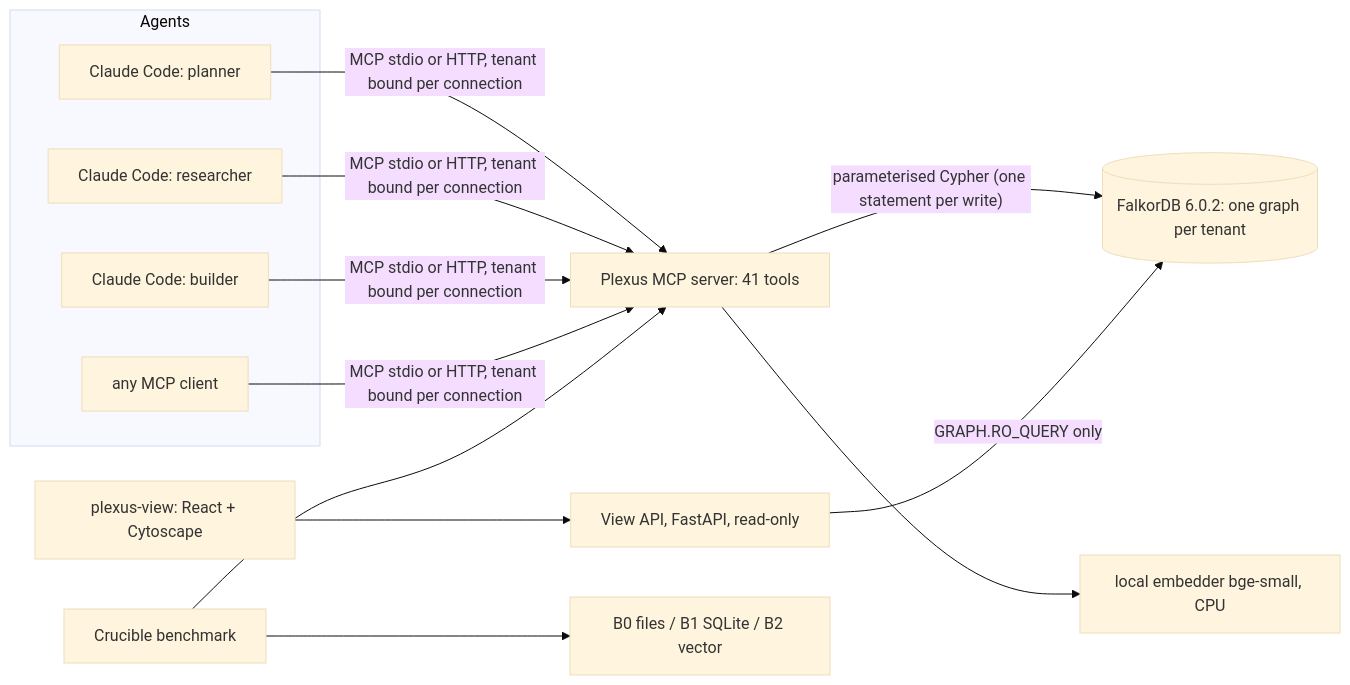
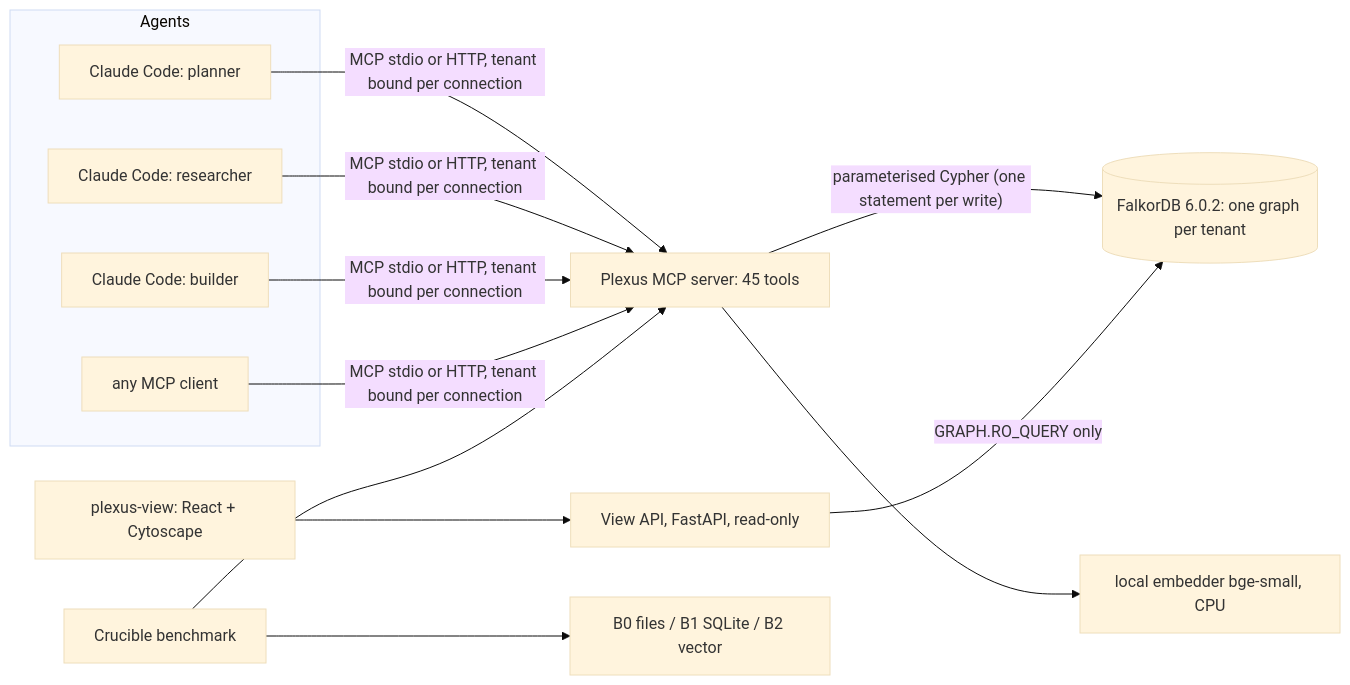
One commit to Suprim006/knewat changed the diagram in docs/PLEXUS_REPORT.md. Above: the diagram before and after it, drawn with Mermaid (base theme). The commit also changed other lines of this file and 1 other file, not shown here.

Commit message:
docs: PLEXUS_REPORT section 8 (can a graph beat SQL? P9), shortcomings/next steps updated; plan P9 complete

````diff
--- a/docs/PLEXUS_REPORT.md
+++ b/docs/PLEXUS_REPORT.md
@@ -134,16 +137,16 @@
 ```mermaid
 flowchart LR
   subgraph Agents
     A1[Claude Code: planner]
     A2[Claude Code: researcher]
     A3[Claude Code: builder]
     A4[any MCP client]
   end
-  A1 & A2 & A3 & A4 -->|MCP stdio or HTTP, tenant bound per connection| MCP[Plexus MCP server: 41 tools]
+  A1 & A2 & A3 & A4 -->|MCP stdio or HTTP, tenant bound per connection| MCP[Plexus MCP server: 45 tools]
   MCP -->|"parameterised Cypher (one statement per write)"| FDB[(FalkorDB 6.0.2: one graph per tenant)]
   MCP --> EMB[local embedder bge-small, CPU]
   API[View API, FastAPI, read-only] -->|GRAPH.RO_QUERY only| FDB
   VIEW[plexus-view: React + Cytoscape] --> API
   CRU[Crucible benchmark] --> MCP
   CRU --> B[B0 files / B1 SQLite / B2 vector]
 ```
````
